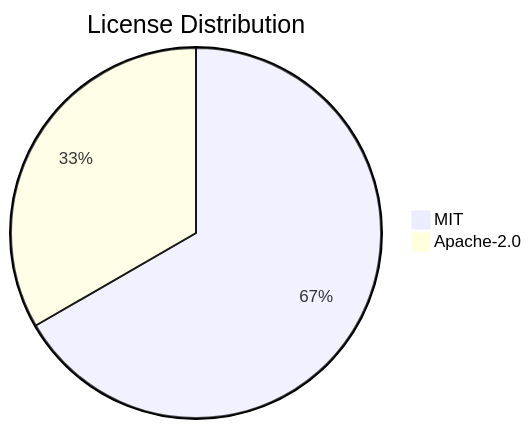
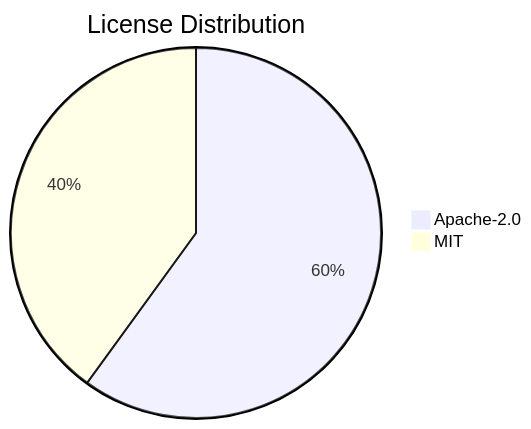
One commit to svenroth-ai/shipwright changed the diagram in .shipwright/compliance/sbom.md. Above: the diagram before and after it, drawn with Mermaid. The commit also changed other lines of this file and 15 other files, not shown here.

````diff
--- a/.shipwright/compliance/sbom.md
+++ b/.shipwright/compliance/sbom.md
@@ -17,5 +17,5 @@
 ```mermaid
 pie title License Distribution
+    "Apache-2.0" : 3
     "MIT" : 2
-    "Apache-2.0" : 1
 ```
````
